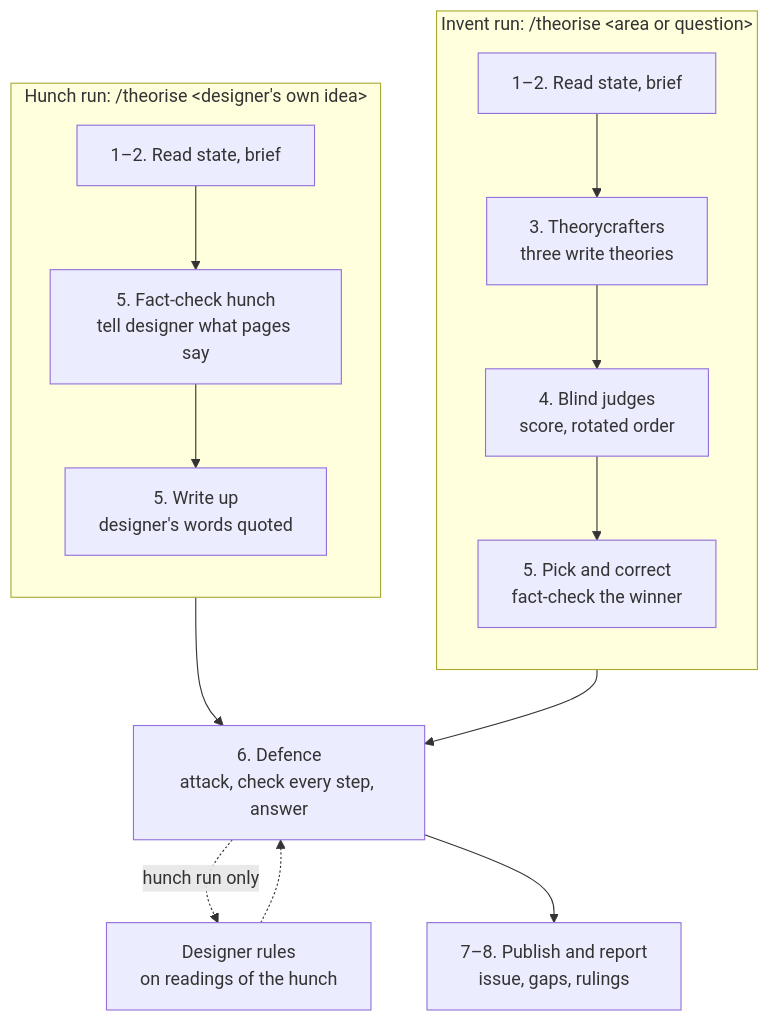
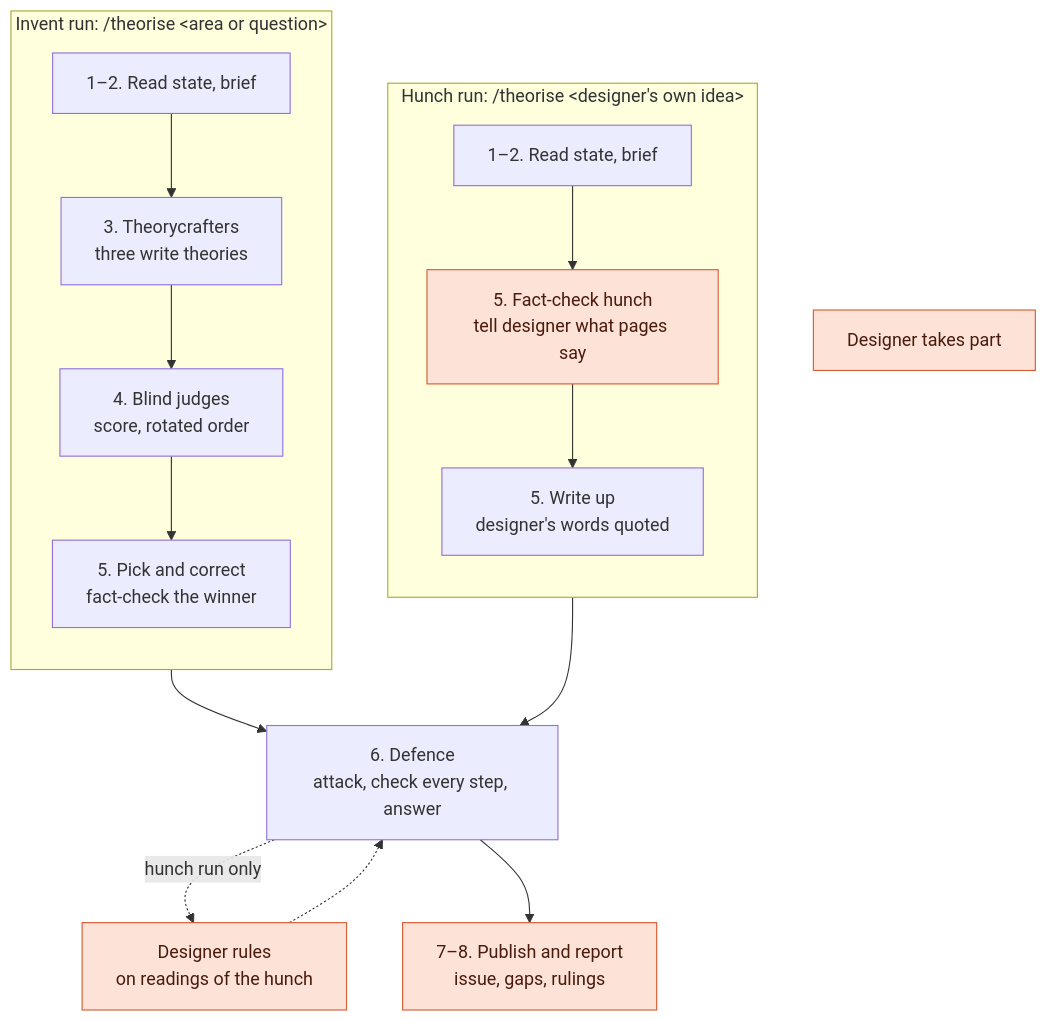
The diagram in docs/theories.md (TAGC/oneiros), drawn with Mermaid before and after one commit.

Commit message:
docs(theories): mark the steps the designer takes part in

````diff
--- a/docs/theories.md
+++ b/docs/theories.md
@@ -39,19 +39,22 @@
 ```mermaid
 flowchart TB
+  subgraph hunch ["Hunch run: /theorise #lt;designer's own idea#gt;"]
+    direction TB
+    h12["1–2. Read state, brief"] --> h5a["5. Fact-check hunch<br/>tell designer what pages say"]
+    h5a --> h5b["5. Write up<br/>designer's words quoted"]
+  end
   subgraph invent ["Invent run: /theorise #lt;area or question#gt;"]
     direction TB
     i12["1–2. Read state, brief"] --> i3["3. Theorycrafters<br/>three write theories"]
     i3 --> i4["4. Blind judges<br/>score, rotated order"]
     i4 --> i5["5. Pick and correct<br/>fact-check the winner"]
   end
-  subgraph hunch ["Hunch run: /theorise #lt;designer's own idea#gt;"]
-    direction TB
-    h12["1–2. Read state, brief"] --> h5a["5. Fact-check hunch<br/>tell designer what pages say"]
-    h5a --> h5b["5. Write up<br/>designer's words quoted"]
-  end
-  h5b --> defence["6. Defence<br/>attack, check every step, answer"]
-  i5 --> defence
+  i5 --> defence["6. Defence<br/>attack, check every step, answer"]
+  h5b --> defence
   defence -. "hunch run only" .-> rules["Designer rules<br/>on readings of the hunch"]
   rules -.-> defence
   defence --> publish["7–8. Publish and report<br/>issue, gaps, rulings"]
+  key["Designer takes part"]
+  classDef designer fill:#fde2d8,stroke:#d85a30,color:#4a1b0c
+  class h5a,rules,publish,key designer
 ```
````
